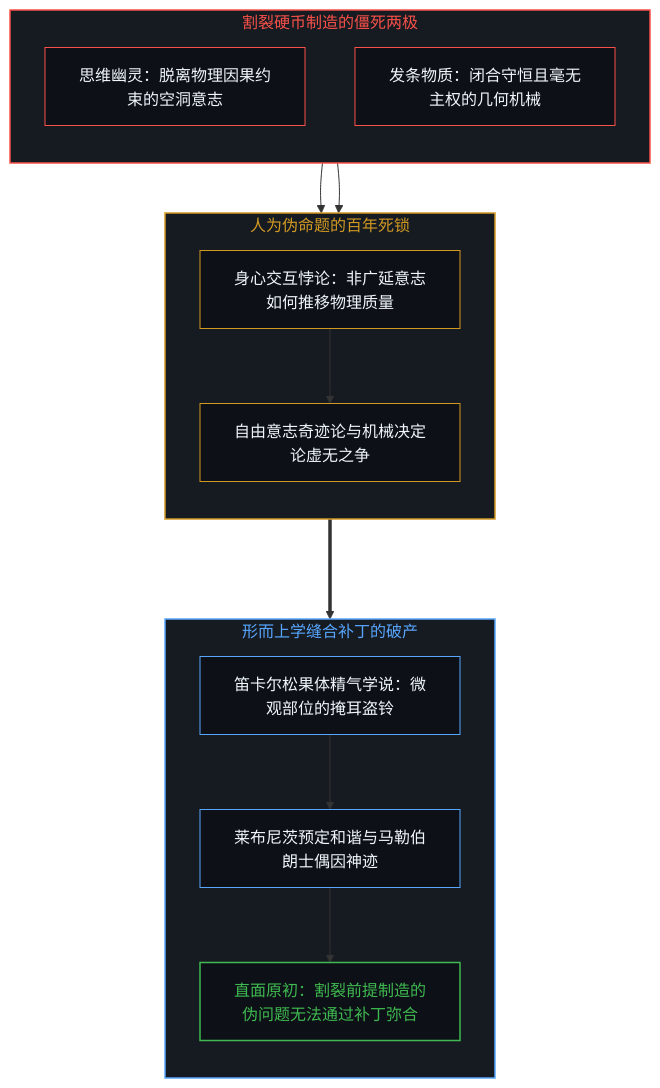
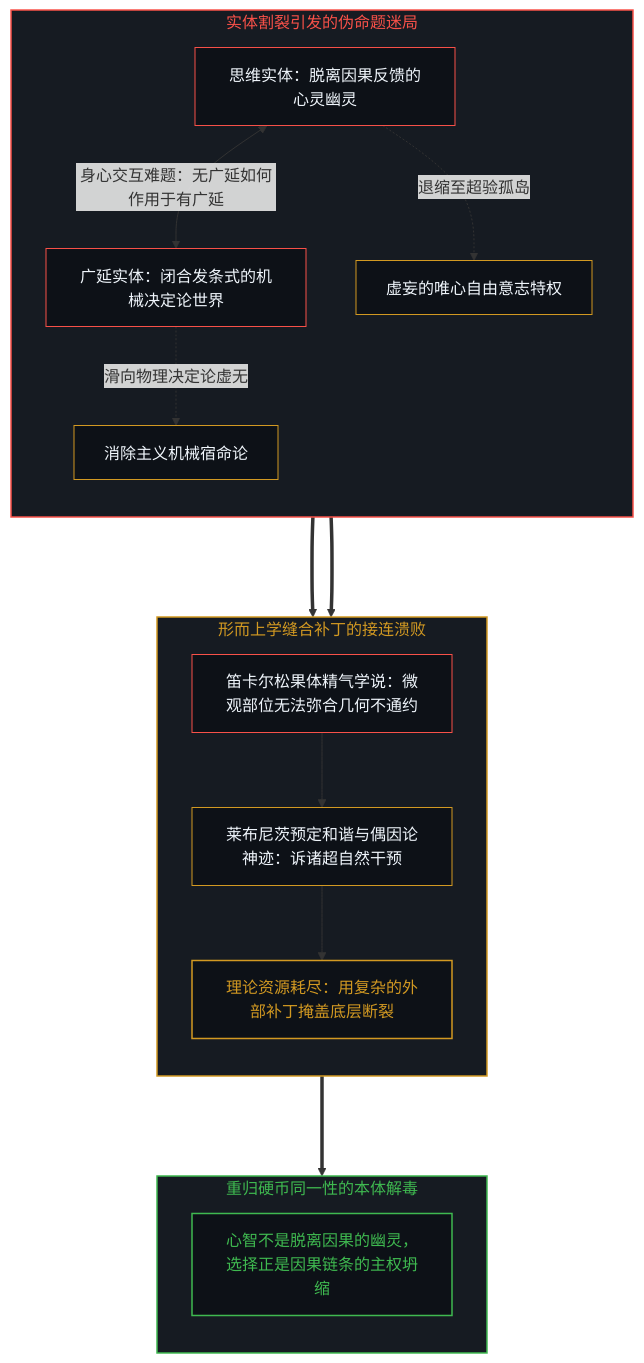
Before and after one commit to powerpig99/not-a-toe: the fifth of 10 diagrams in content/posts/the-cartesian-overstep-and-the-frenzy-of-creation.md, drawn with Mermaid. The commit also changed other lines of this file and 3 other files, not shown here.

````diff
--- a/content/posts/the-cartesian-overstep-and-the-frenzy-of-creation.md
+++ b/content/posts/the-cartesian-overstep-and-the-frenzy-of-creation.md
@@ -181,39 +182,35 @@
 ```mermaid
 graph TD
-    subgraph S_CleavedPoles ["割裂硬币制造的僵死两极"]
+    subgraph S_ArtificialDilemma ["实体割裂引发的伪命题迷局"]
         direction TB
-        M_Ghost["思维幽灵：脱离物理因果约束的空洞意志"]
-        P_Clock["发条物质：闭合守恒且毫无主权的几何机械"]
+        A_MindGhost["思维实体：脱离因果反馈的心灵幽灵"] <-->|"身心交互难题：无广延如何作用于有广延"| A_MatterClock["广延实体：闭合发条式的机械决定论世界"]
+        A_MindGhost -.->|"退缩至超验孤岛"| A_Voluntarism["虚妄的唯心自由意志特权"]
+        A_MatterClock -.->|"滑向物理决定论虚无"| A_Determinism["消除主义机械宿命论"]
     end
 
-    subgraph S_ArtificialDilemmas ["人为伪命题的百年死锁"]
+    subgraph S_PatchFailures ["形而上学缝合补丁的接连溃败"]
         direction TB
-        A_Interaction["身心交互悖论：非广延意志如何推移物理质量"]
-        A_War["自由意志奇迹论与机械决定论虚无之争"]
+        P_Pineal["笛卡尔松果体精气学说：微观部位无法弥合几何不通约"] --> P_Harmony["莱布尼茨预定和谐与偶因论神迹：诉诸超自然干预"]
+        P_Harmony --> P_Exhaustion["理论资源耗尽：用复杂的外部补丁掩盖底层断裂"]
     end
 
-    subgraph S_AdHocPatches ["形而上学缝合补丁的破产"]
+    subgraph S_ReintegratedCoin ["重归硬币同一性的本体解毒"]
         direction TB
-        X_Pineal["笛卡尔松果体精气学说：微观部位的掩耳盗铃"]
-        X_Harmony["莱布尼茨预定和谐与马勒伯朗士偶因神迹"]
-        X_Demystify["直面原初：割裂前提制造的伪问题无法通过补丁弥合"]
+        R_Reunite["心智不是脱离因果的幽灵，选择正是因果链条的主权坍缩"]
     end
 
-    M_Ghost --> A_Interaction
-    P_Clock --> A_Interaction
-    A_Interaction --> A_War
-    A_War ===> X_Pineal
-    X_Pineal --> X_Harmony
-    X_Harmony --> X_Demystify
+    A_Voluntarism & A_Determinism ===> P_Pineal
+    P_Exhaustion ===> R_Reunite
 
-    style S_CleavedPoles fill:#161b22,stroke:#f85149,stroke-width:1.5px,color:#f85149
-    style S_ArtificialDilemmas fill:#161b22,stroke:#d29922,stroke-width:1.5px,color:#d29922
-    style S_AdHocPatches fill:#161b22,stroke:#58a6ff,stroke-width:1.5px,color:#58a6ff
-    style M_Ghost fill:#0d1117,stroke:#f85149,stroke-width:1px,color:#f0f6fc
-    style P_Clock fill:#0d1117,stroke:#f85149,stroke-width:1px,color:#f0f6fc
-    style A_Interaction fill:#0d1117,stroke:#d29922,stroke-width:1px,color:#f0f6fc
-    style A_War fill:#0d1117,stroke:#d29922,stroke-width:1px,color:#f0f6fc
-    style X_Pineal fill:#0d1117,stroke:#58a6ff,stroke-width:1px,color:#f0f6fc
-    style X_Harmony fill:#0d1117,stroke:#58a6ff,stroke-width:1px,color:#f0f6fc
-    style X_Demystify fill:#0d1117,stroke:#3fb950,stroke-width:1.5px,color:#3fb950
+    style S_ArtificialDilemma fill:#161b22,stroke:#f85149,stroke-width:1.5px,color:#f85149
+    style S_PatchFailures fill:#161b22,stroke:#d29922,stroke-width:1.5px,color:#d29922
+    style S_ReintegratedCoin fill:#161b22,stroke:#3fb950,stroke-width:1.5px,color:#3fb950
+    style A_MindGhost fill:#0d1117,stroke:#f85149,stroke-width:1px,color:#f0f6fc
+    style A_MatterClock fill:#0d1117,stroke:#f85149,stroke-width:1px,color:#f0f6fc
+    style A_Voluntarism fill:#0d1117,stroke:#d29922,stroke-width:1px,color:#f0f6fc
+    style A_Determinism fill:#0d1117,stroke:#d29922,stroke-width:1px,color:#f0f6fc
+    style P_Pineal fill:#0d1117,stroke:#f85149,stroke-width:1px,color:#f0f6fc
+    style P_Harmony fill:#0d1117,stroke:#d29922,stroke-width:1px,color:#f0f6fc
+    style P_Exhaustion fill:#0d1117,stroke:#d29922,stroke-width:1.5px,color:#d29922
+    style R_Reunite fill:#0d1117,stroke:#3fb950,stroke-width:1.5px,color:#3fb950
 ```
````
